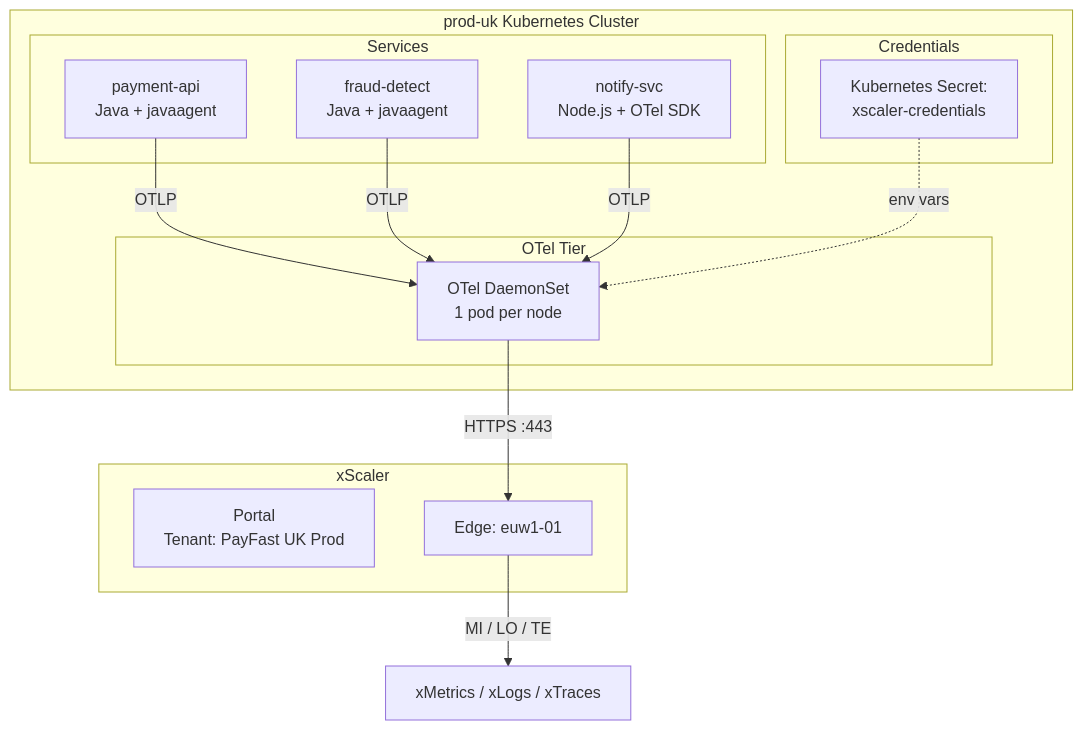
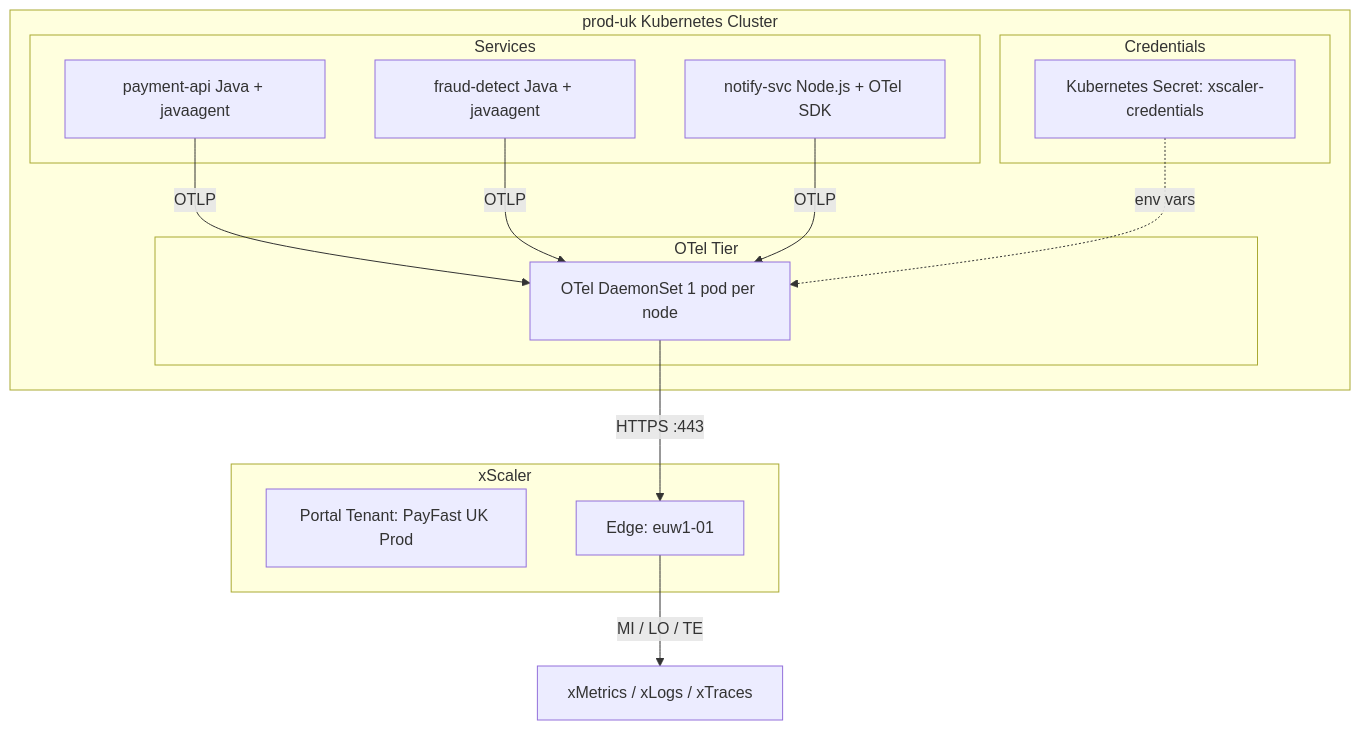
Before and after one commit to xscaler/training: the diagram in docs/session-3/customer-workshop.md, drawn with Mermaid. The commit also changed 38 other files, not shown here.

First line of the commit message:
Remove internal content, fix Mermaid diagrams, and rewrite labs as customer-facing exercises

````diff
--- a/docs/session-3/customer-workshop.md
+++ b/docs/session-3/customer-workshop.md
@@ -115,26 +115,26 @@
 ```mermaid
 graph TB
     subgraph prod-uk["prod-uk Kubernetes Cluster"]
         subgraph Services
-            SVC1[payment-api\nJava + javaagent]
-            SVC2[fraud-detect\nJava + javaagent]
-            SVC3[notify-svc\nNode.js + OTel SDK]
+            SVC1[payment-api Java + javaagent]
+            SVC2[fraud-detect Java + javaagent]
+            SVC3[notify-svc Node.js + OTel SDK]
         end
         subgraph "OTel Tier"
-            DS[OTel DaemonSet\n1 pod per node]
+            DS[OTel DaemonSet 1 pod per node]
         end
         subgraph "Credentials"
-            K8S[Kubernetes Secret:\nxscaler-credentials]
+            K8S[Kubernetes Secret: xscaler-credentials]
         end
         SVC1 & SVC2 & SVC3 -->|OTLP| DS
         K8S -.->|env vars| DS
     end
 
     subgraph "xScaler"
-        PORTAL[Portal\nTenant: PayFast UK Prod]
+        PORTAL[Portal Tenant: PayFast UK Prod]
         EDGE[Edge: euw1-01]
     end
 
     DS -->|HTTPS :443| EDGE
     EDGE -->|MI / LO / TE| BACKENDS[xMetrics / xLogs / xTraces]
 ```
````
